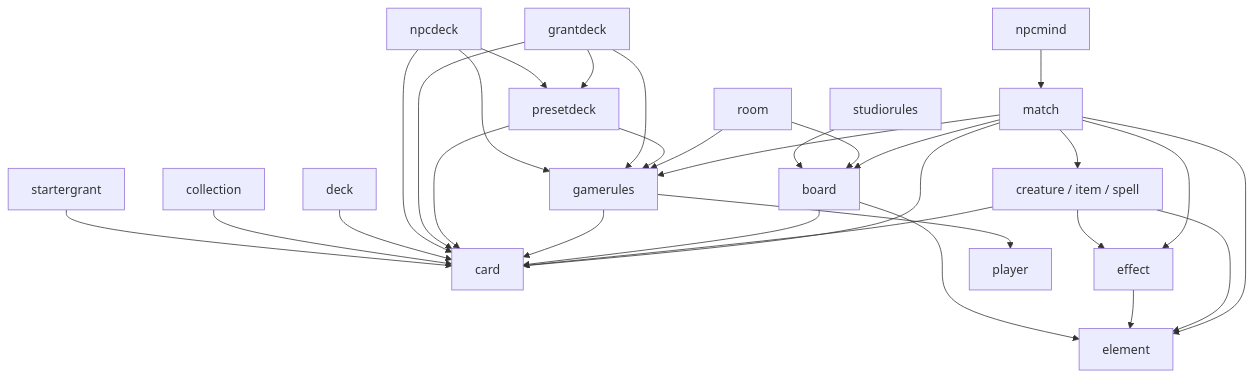
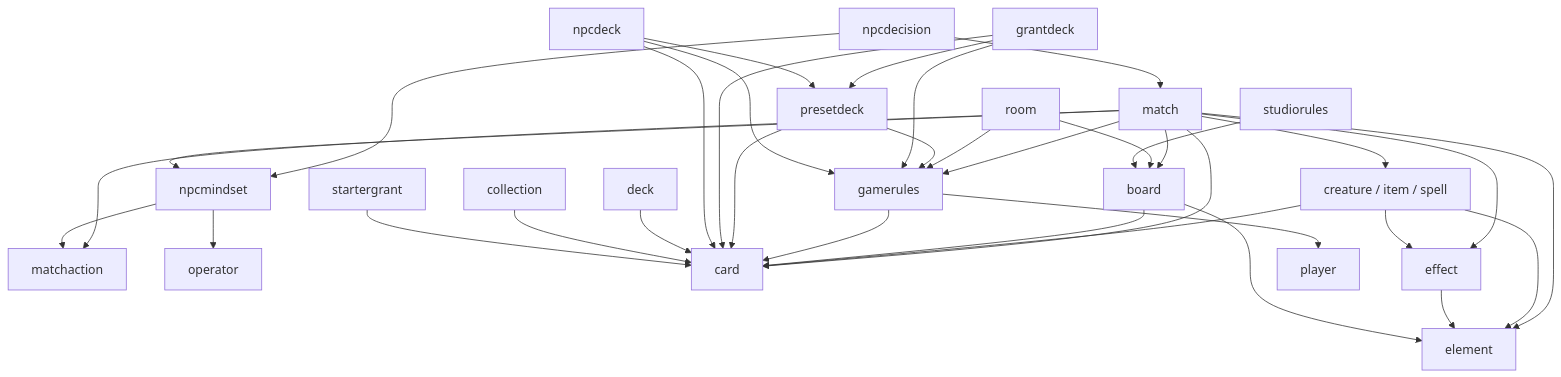
One commit to aimerzarashi/cardicedge-core changed the first of 2 diagrams in internal/domain/README.md. Above: the diagram before and after it, drawn with Mermaid. The commit also changed other lines of this file and 131 other files, not shown here.

````diff
--- a/internal/domain/README.md
+++ b/internal/domain/README.md
@@ -42,32 +44,37 @@
 ```mermaid
 graph TD
-  npcmind --> match
+  npcdecision --> match
+  npcdecision --> npcmindset
+  match --> matchaction
+  match --> npcmindset
+  npcmindset --> matchaction
+  npcmindset --> operator
   match --> creature["creature / item / spell"]
   match --> board
   match --> gamerules
   match --> card
   match --> effect
   match --> element
   room --> board
   room --> gamerules
   creature --> card
   creature --> effect
   creature --> element
   effect --> element
   board --> card
   board --> element
   studiorules --> board
   gamerules --> card
   gamerules --> player
   presetdeck --> card
   presetdeck --> gamerules
   grantdeck --> card
   grantdeck --> gamerules
   grantdeck --> presetdeck
   npcdeck --> card
   npcdeck --> gamerules
   npcdeck --> presetdeck
   deck --> card
   collection --> card
   startergrant --> card
 ```
````
